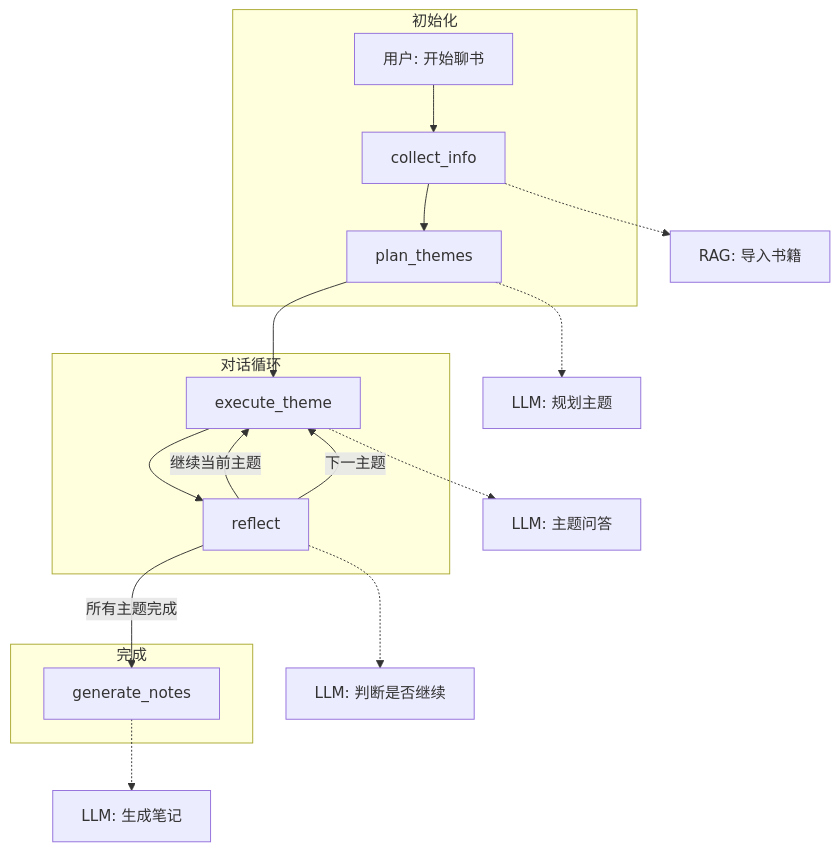
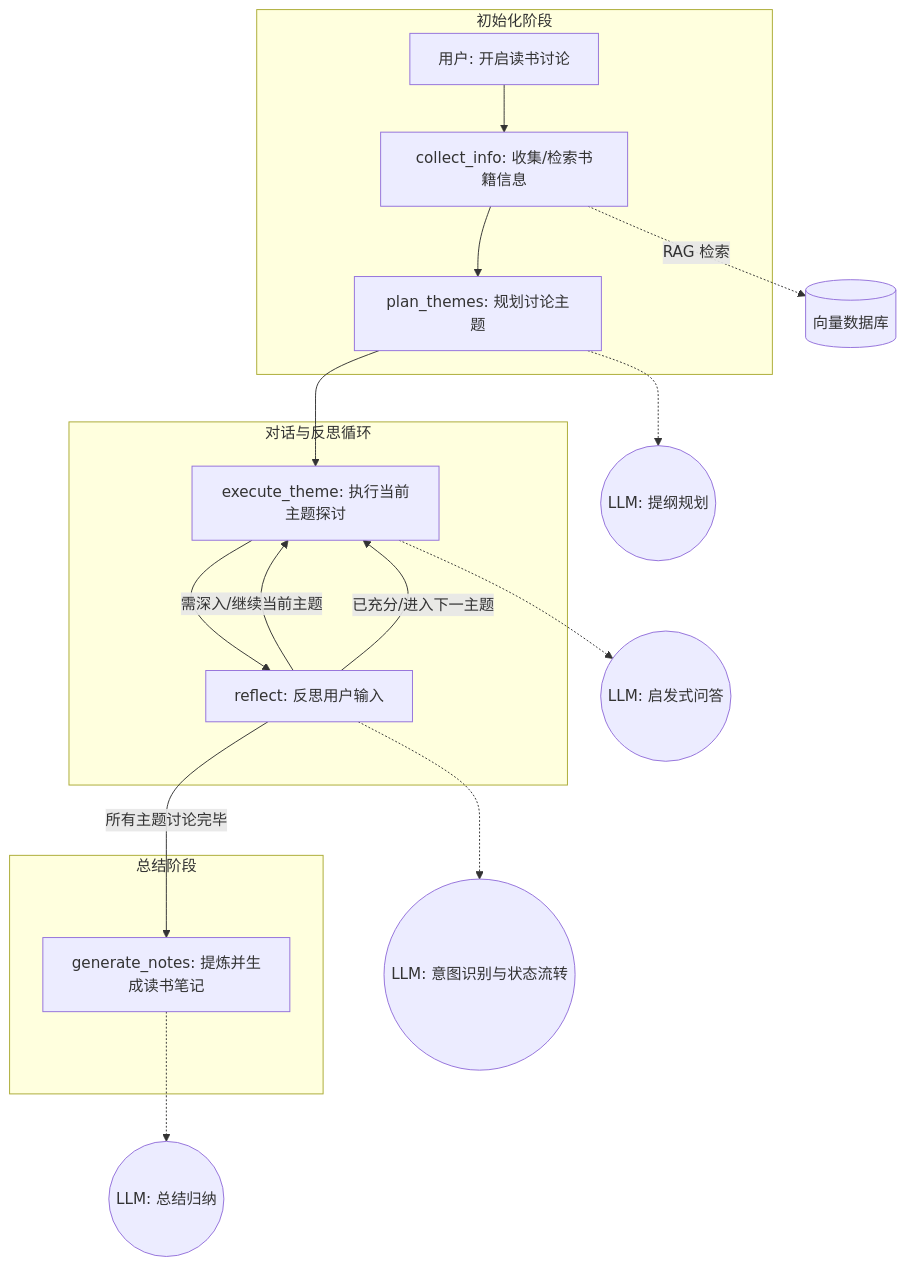
One commit to sheihui/PostReading_Agent changed the diagram in README.md. Above: the diagram before and after it, drawn with Mermaid. The commit also changed other lines of this file, not shown here.

`````diff
--- a/README.md
+++ b/README.md
@@ -18,24 +18,24 @@
 ```mermaid
 graph TD
-    subgraph 初始化
-        A[用户: 开始聊书] --> B[collect_info]
-        B --> C[plan_themes]
+    subgraph 初始化阶段
+        A[用户: 开启读书讨论] --> B[collect_info: 收集/检索书籍信息]
+        B --> C[plan_themes: 规划讨论主题]
     end
 
-    subgraph 对话循环
-        C --> D[execute_theme]
-        D --> E[reflect]
-        E -->|继续当前主题| D
-        E -->|下一主题| D
+    subgraph 对话与反思循环
+        C --> D[execute_theme: 执行当前主题探讨]
+        D --> E[reflect: 反思用户输入]
+        E -->|需深入/继续当前主题| D
+        E -->|已充分/进入下一主题| D
     end
 
-    subgraph 完成
-        E -->|所有主题完成| F[generate_notes]
+    subgraph 总结阶段
+        E -->|所有主题讨论完毕| F[generate_notes: 提炼并生成读书笔记]
     end
 
-    B -.-> B1[RAG: 导入书籍]
-    C -.-> C1[LLM: 规划主题]
-    D -.-> D1[LLM: 主题问答]
-    E -.-> E1[LLM: 判断是否继续]
-    F -.-> F1[LLM: 生成笔记]
-```
+    B -.->|RAG 检索| B1[(向量数据库)]
+    C -.-> C1((LLM: 提纲规划))
+    D -.-> D1((LLM: 启发式问答))
+    E -.-> E1((LLM: 意图识别与状态流转))
+    F -.-> F1((LLM: 总结归纳))
+````
`````
